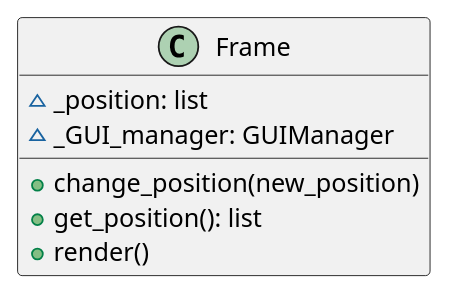
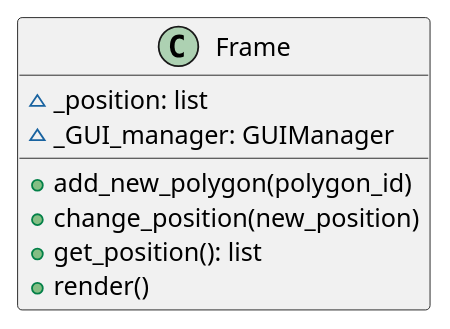
One commit to ferpoble2/Relief_Creator changed the diagram in docs/classes/Frame.puml. Above: the diagram before and after it, drawn with PlantUML. The commit also changed 2 other files, not shown here.

Commit message:
Added method add_new_polygon to the Frame class to be more object oriented

```diff
--- a/docs/classes/Frame.puml
+++ b/docs/classes/Frame.puml
@@ -1,12 +1,13 @@
 @startuml
 'https://plantuml.com/class-diagram
 
 class Frame {
     ~ _position: list
     ~ _GUI_manager: GUIManager
 
+    + add_new_polygon(polygon_id)
     + change_position(new_position)
     + get_position(): list
     + render()
 }
 @enduml
```
